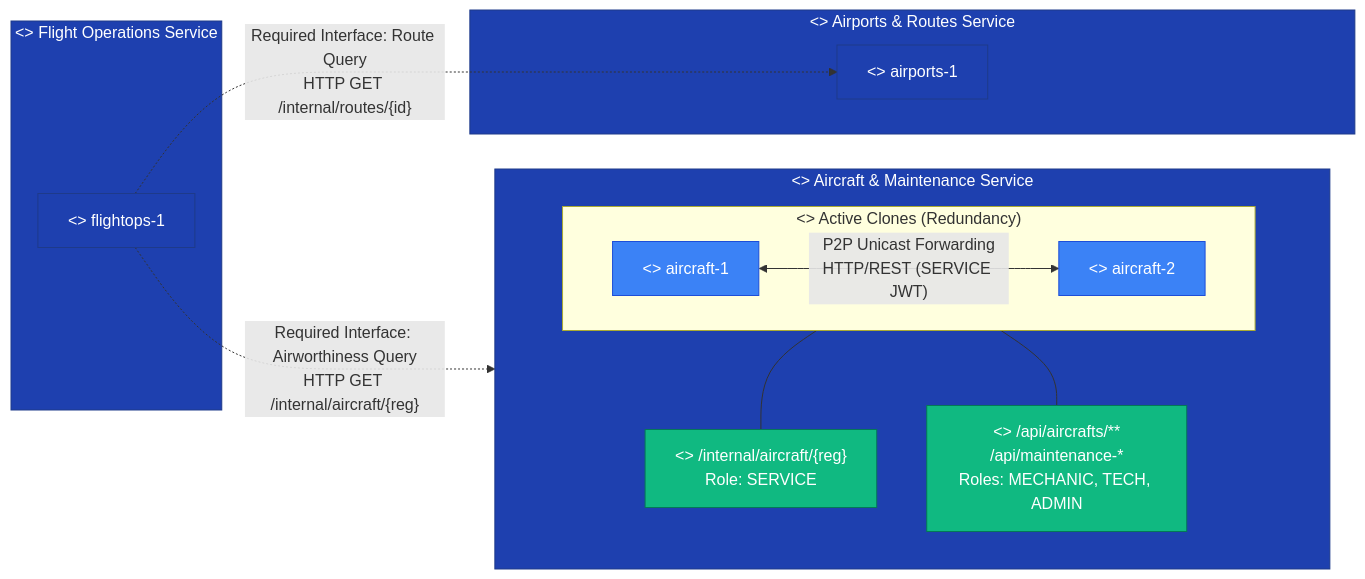
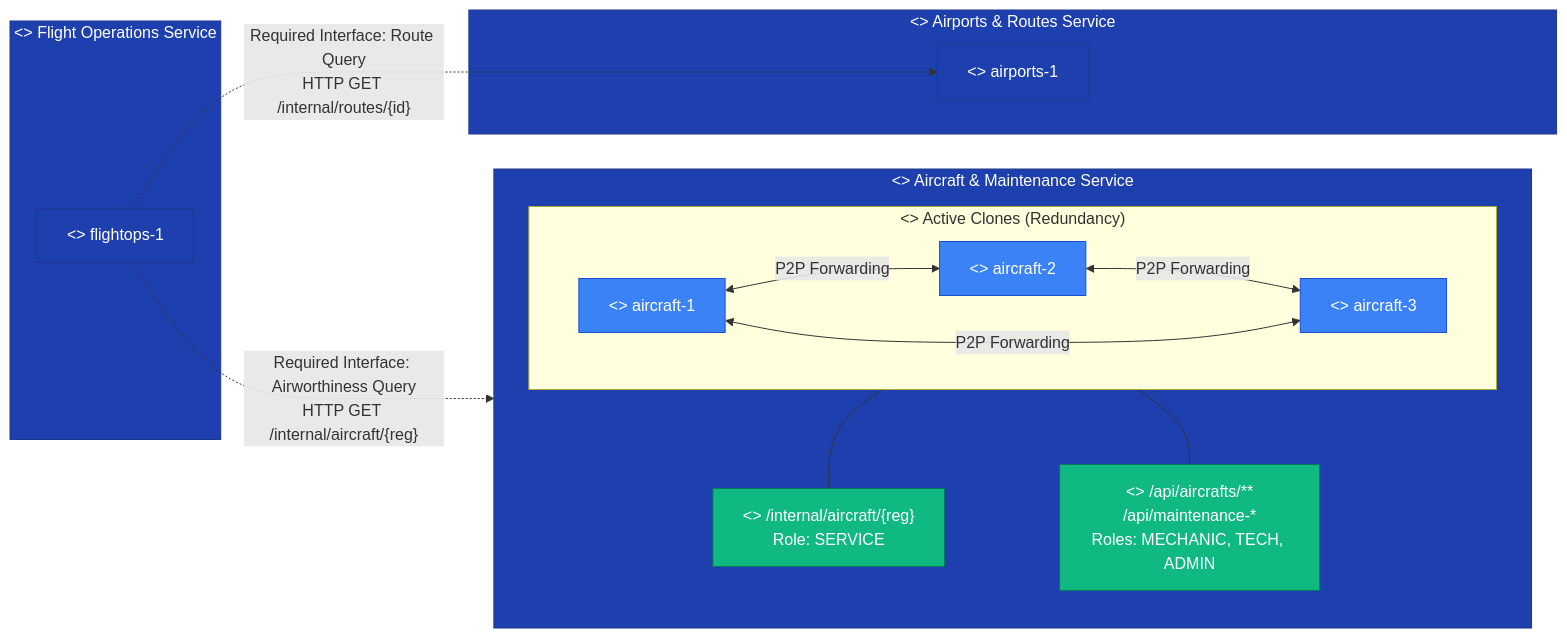
Before and after one commit to ImJay1527/aircraft-maintenance-service: the second of 7 diagrams in docs/C4-Model.md, drawn with Mermaid. The commit also changed other lines of this file and 1 other file, not shown here.

Commit message:
docs: align C4 and Deployment diagrams with 3-node cluster and databases

````diff
--- a/docs/C4-Model.md
+++ b/docs/C4-Model.md
@@ -46,37 +46,40 @@
 ```mermaid
 %% UML Logical View Level 1 (Deployment-Independent Structural Model)
 flowchart LR
     classDef comp fill:#1e40af,stroke:#1e3a8a,color:#fff;
     classDef inst fill:#3b82f6,stroke:#1d4ed8,color:#fff;
     classDef iface fill:#10b981,stroke:#047857,color:#fff;
 
     subgraph AM_Comp["<<component>> Aircraft & Maintenance Service"]
         direction TB
         subgraph AM_Clones["<<instance>> Active Clones (Redundancy)"]
             amInst1["<<instance>> aircraft-1"]:::inst
             amInst2["<<instance>> aircraft-2"]:::inst
-            amInst1 <-->|"P2P Unicast Forwarding<br/>HTTP/REST (SERVICE JWT)"| amInst2
+            amInst3["<<instance>> aircraft-3"]:::inst
+            amInst1 <-->|"P2P Forwarding"| amInst2
+            amInst2 <-->|"P2P Forwarding"| amInst3
+            amInst1 <-->|"P2P Forwarding"| amInst3
         end
 
         iInternal["<<interface>> /internal/aircraft/{reg}<br/>Role: SERVICE"]:::iface
         iPublic["<<interface>> /api/aircrafts/**<br/>/api/maintenance-*<br/>Roles: MECHANIC, TECH, ADMIN"]:::iface
 
         AM_Clones --- iInternal
         AM_Clones --- iPublic
     end
 
     subgraph FO_Comp["<<component>> Flight Operations Service"]
         foInst["<<instance>> flightops-1"]:::comp
     end
 
     subgraph AR_Comp["<<component>> Airports & Routes Service"]
         arInst["<<instance>> airports-1"]:::comp
     end
 
     foInst -.->|"Required Interface: Airworthiness Query<br/>HTTP GET /internal/aircraft/{reg}"| iInternal
     foInst -.->|"Required Interface: Route Query<br/>HTTP GET /internal/routes/{id}"| arInst
 
     class AM_Comp comp;
     class FO_Comp comp;
     class AR_Comp comp;
 ```
````
